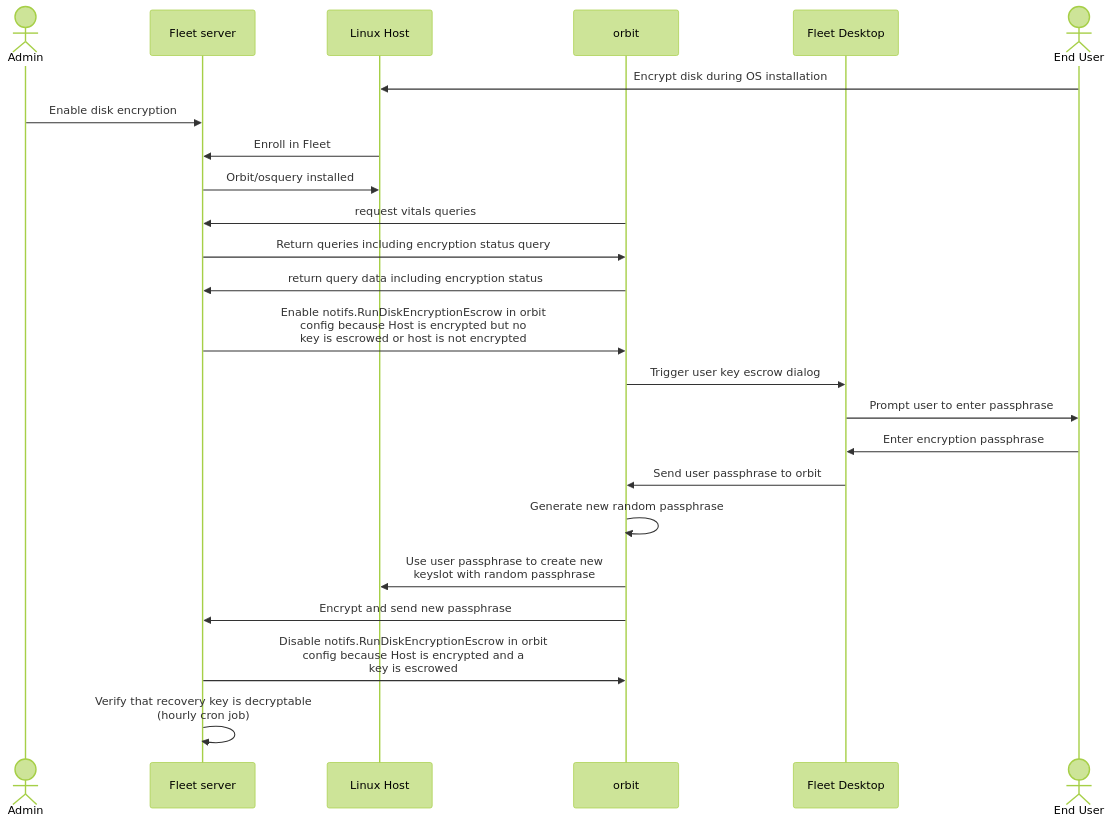
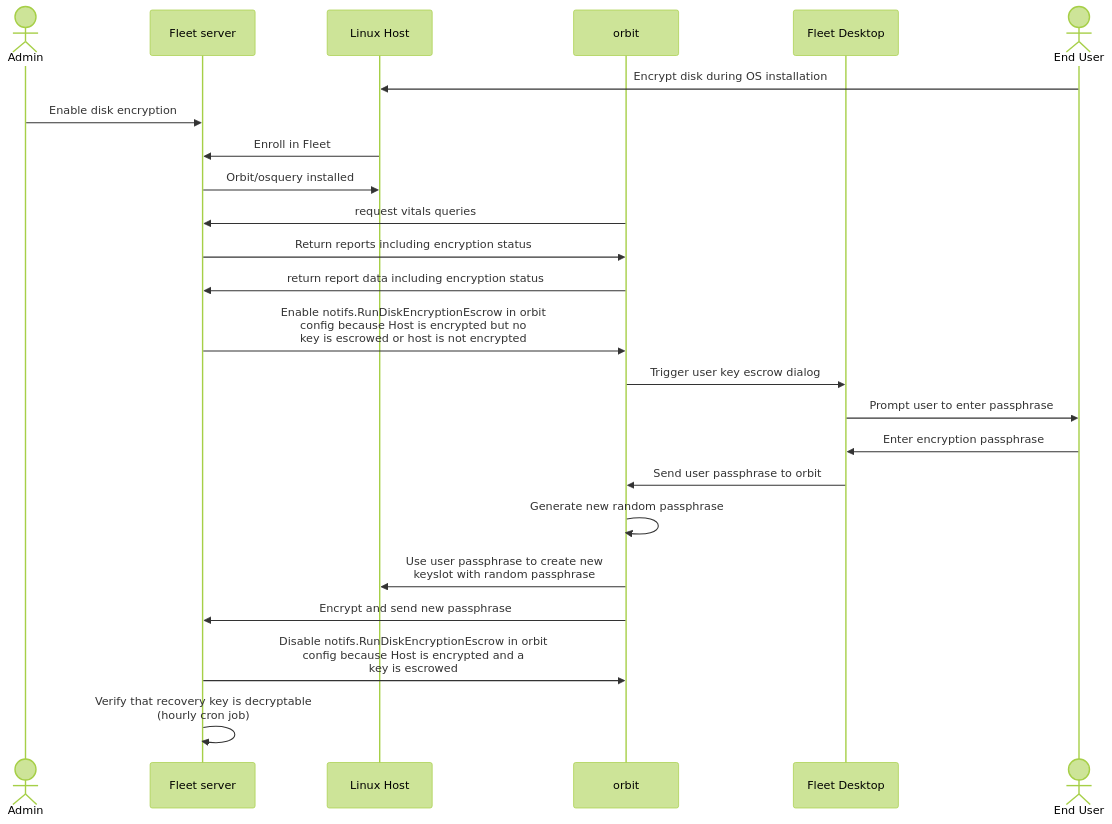
The fourth of 4 diagrams in docs/Contributing/architecture/mdm/disk-encryption.md (fleetdm/fleet), drawn with Mermaid (forest theme) before and after one commit. The commit also changed other lines of this file and 66 other files, not shown here.

````diff
--- a/docs/Contributing/architecture/mdm/disk-encryption.md
+++ b/docs/Contributing/architecture/mdm/disk-encryption.md
@@ -187,26 +187,26 @@
 ```mermaid
 sequenceDiagram
         actor Admin
         participant fleet as Fleet server
         participant host as Linux Host
         participant fleetd as orbit
         participant desktop as Fleet Desktop
         actor user as End User
         user->>host: Encrypt disk during OS installation
         Admin->>fleet: Enable disk encryption
         host->>fleet: Enroll in Fleet
         fleet->>host: Orbit/osquery installed
         fleetd->>fleet: request vitals queries
-        fleet->>fleetd: Return queries including encryption status query
-        fleetd->>fleet: return query data including encryption status
+        fleet->>fleetd: Return reports including encryption status
+        fleetd->>fleet: return report data including encryption status
         fleet->>fleetd: Enable notifs.RunDiskEncryptionEscrow in orbit<br>config because Host is encrypted but no<br>key is escrowed or host is not encrypted
         fleetd->>desktop: Trigger user key escrow dialog
         desktop->>user: Prompt user to enter passphrase
         user->>desktop: Enter encryption passphrase
         desktop->>fleetd: Send user passphrase to orbit
         fleetd->>fleetd: Generate new random passphrase
         fleetd->>host: Use user passphrase to create new<br>keyslot with random passphrase
         fleetd->>fleet: Encrypt and send new passphrase
         fleet->>fleetd: Disable notifs.RunDiskEncryptionEscrow in orbit<br>config because Host is encrypted and a<br>key is escrowed
         fleet->>fleet: Verify that recovery key is decryptable<br>(hourly cron job)
 ```
````
